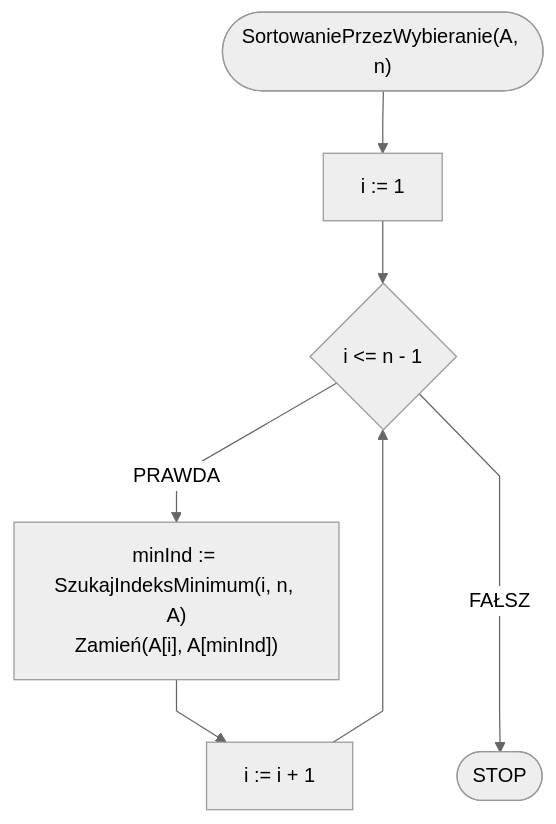
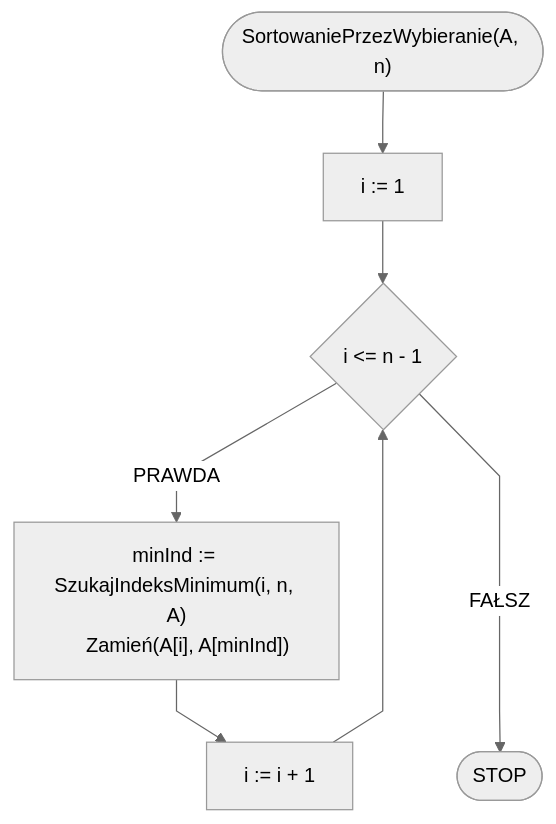
Before and after one commit to blackbat13/edu-cs-htiew-pl: the second of 2 diagrams in docs/algorithms/sorting/selection-sort.md, drawn with Mermaid. The commit also changed other lines of this file, not shown here.

````diff
--- a/docs/algorithms/sorting/selection-sort.md
+++ b/docs/algorithms/sorting/selection-sort.md
@@ -63,10 +66,11 @@
 ```mermaid
 %%{init: {"flowchart": {"curve": "linear"}, "theme": "neutral"} }%%
 flowchart TD
     START(["SortowaniePrzezWybieranie(A, n)"]) --> K0[i := 1]
     K0 --> K1{i <= n - 1}
-    K1 -- PRAWDA --> K2["minInd := SzukajIndeksMinimum(i, n, A)\nZamień(A[i], A[minInd])"]
+    K1 -- PRAWDA --> K2["minInd := SzukajIndeksMinimum(i, n, A)
+    Zamień(A[i], A[minInd])"]
     K2 --> K1i[i := i + 1]
     K1i --> K1
     K1 -- FAŁSZ ---> STOP([STOP])
 ```
````
